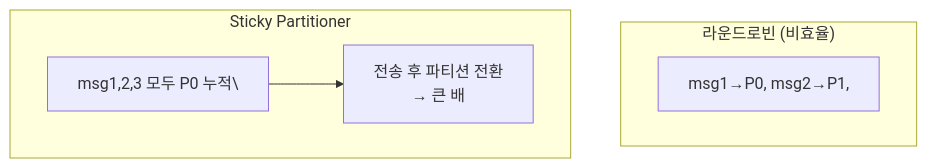
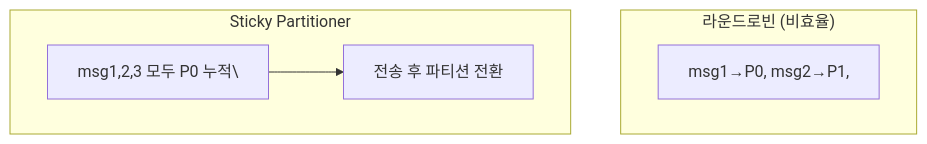
The fourth of 21 diagrams in _posts/kafka/2026-05-01-kafka-internals.md (yjkim2015/yjkim2015.github.io), drawn with Mermaid before and after one commit. The commit also changed other lines of this file and 217 other files, not shown here.

First line of the commit message:
Mermaid 크기 수정: useMaxWidth:true + SVG max-width:100% + 라벨 축소

````diff
--- a/_posts/kafka/2026-05-01-kafka-internals.md
+++ b/_posts/kafka/2026-05-01-kafka-internals.md
@@ -111,9 +111,9 @@
 ```mermaid
 graph TD
     subgraph rr["라운드로빈 (비효율)"]
         RR["msg1→P0, msg2→P1,"]
     end
     subgraph sticky["Sticky Partitioner"]
-        ST1["msg1,2,3 모두 P0 누적\"] --> ST2["전송 후 파티션 전환\n→ 큰 배"]
+        ST1["msg1,2,3 모두 P0 누적\"] --> ST2["전송 후 파티션 전환"]
     end
 ```
````
